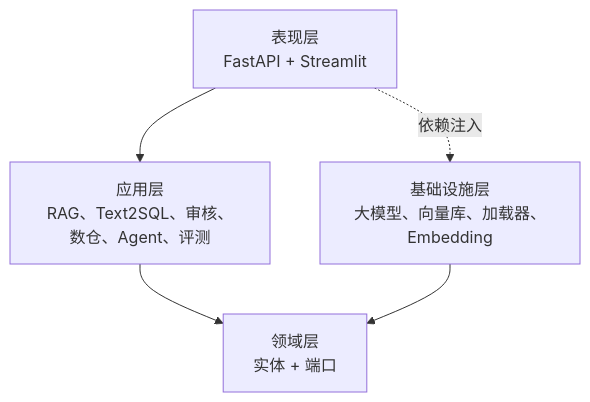
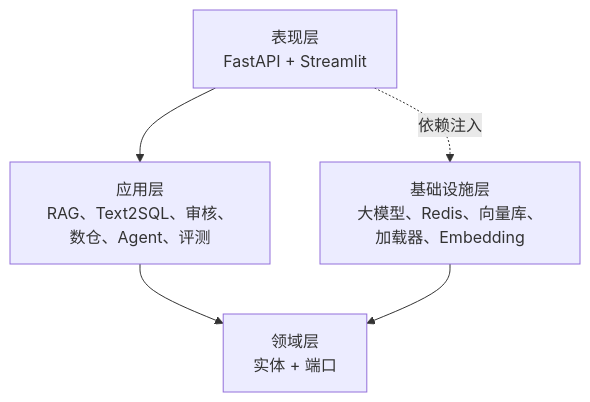
Before and after one commit to plutoczm/DataCopilot: the first of 8 diagrams in docs/ARCHITECTURE.md, drawn with Mermaid. The commit also changed other lines of this file and 78 other files, not shown here.

````diff
--- a/docs/ARCHITECTURE.md
+++ b/docs/ARCHITECTURE.md
@@ -7,12 +7,12 @@
 ```mermaid
 flowchart TB
     Presentation[表现层<br/>FastAPI + Streamlit]
     Application[应用层<br/>RAG、Text2SQL、审核、数仓、Agent、评测]
     Domain[领域层<br/>实体 + 端口]
-    Infrastructure[基础设施层<br/>大模型、向量库、加载器、Embedding]
+    Infrastructure[基础设施层<br/>大模型、Redis、向量库、加载器、Embedding]
 
     Presentation --> Application
     Application --> Domain
     Infrastructure --> Domain
     Presentation -. 依赖注入 .-> Infrastructure
 ```
````
